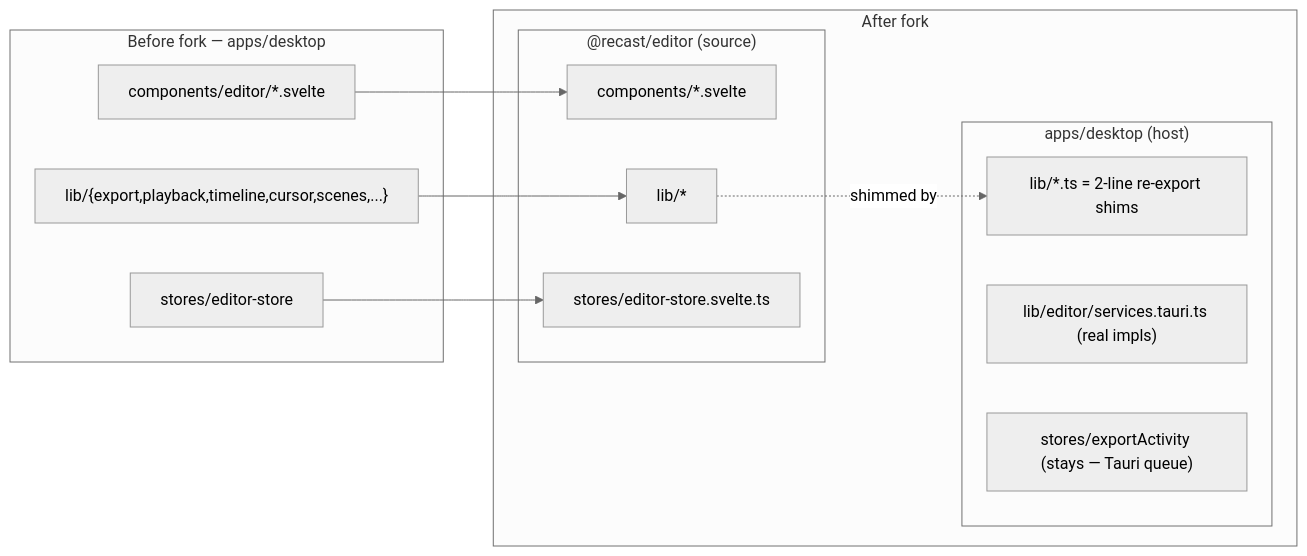
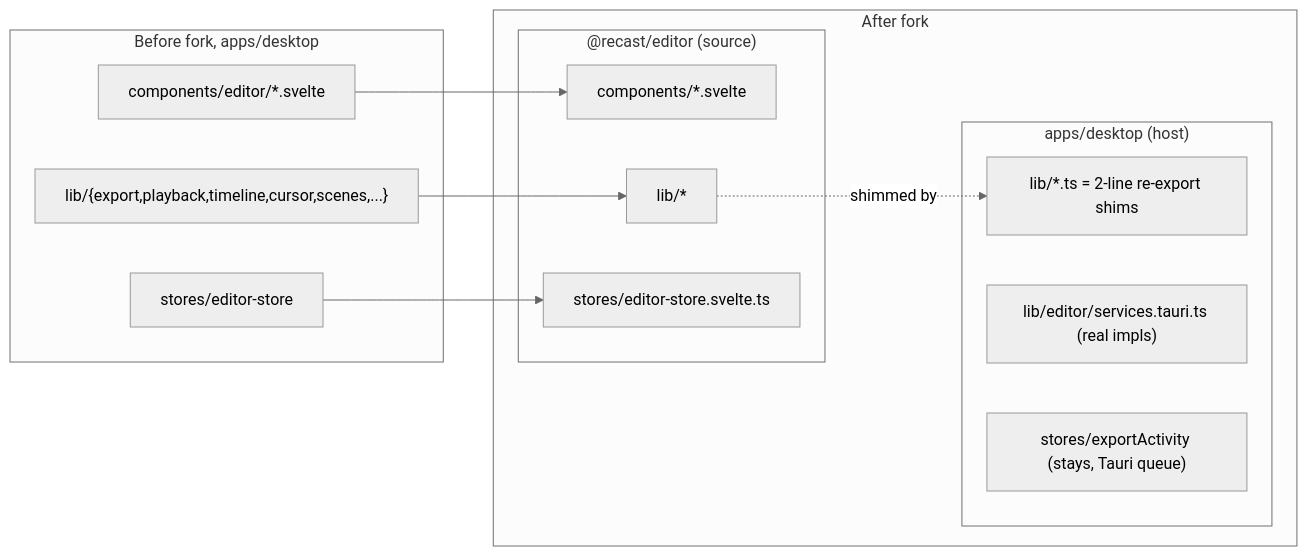
One commit to kanakkholwal/recast changed the first of 2 diagrams in apps/web/content/architecture/editor-host-seam.md. Above: the diagram before and after it, drawn with Mermaid (neutral theme). The commit also changed other lines of this file and 57 other files, not shown here.

````diff
--- a/apps/web/content/architecture/editor-host-seam.md
+++ b/apps/web/content/architecture/editor-host-seam.md
@@ -36,24 +36,24 @@
 ```mermaid
 flowchart LR
-    subgraph before["Before fork — apps/desktop"]
+    subgraph before["Before fork, apps/desktop"]
         d1["components/editor/*.svelte"]
         d2["lib/{export,playback,timeline,cursor,scenes,...}"]
         d3["stores/editor-store"]
     end
     subgraph after["After fork"]
         subgraph pkg["@recast/editor (source)"]
             p1["components/*.svelte"]
             p2["lib/*"]
             p3["stores/editor-store.svelte.ts"]
         end
         subgraph host["apps/desktop (host)"]
             s1["lib/*.ts = 2-line re-export shims"]
             s2["lib/editor/services.tauri.ts (real impls)"]
-            s3["stores/exportActivity (stays — Tauri queue)"]
+            s3["stores/exportActivity (stays, Tauri queue)"]
         end
     end
     d1 --> p1
     d2 --> p2
     d3 --> p3
     p2 -. "shimmed by" .-> s1
 ```
````
